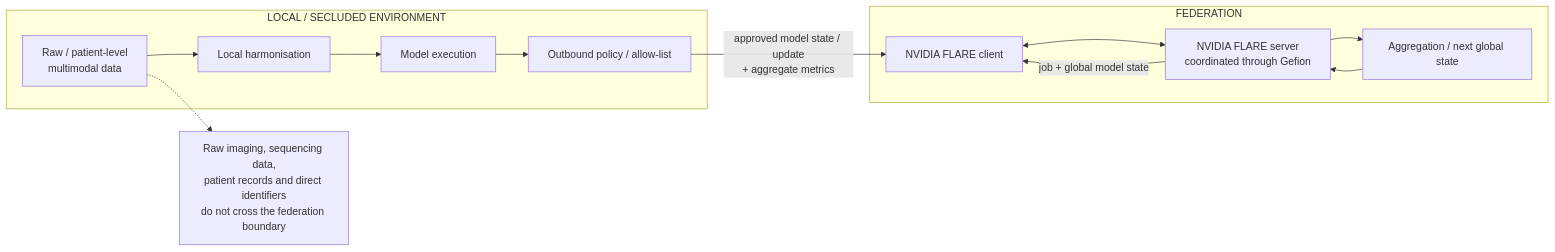
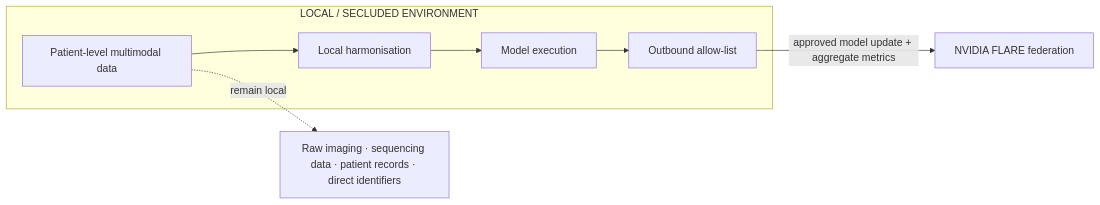
One commit to collaborativebioinformatics/Internal_federation_supercomputing_environment changed the third of 3 diagrams in README.md. Above: the diagram before and after it, drawn with Mermaid. The commit also changed other lines of this file and 5 other files, not shown here.

Commit message:
Update README, infrastructure methods and project graphics

````diff
--- a/README.md
+++ b/README.md
@@ -91,26 +229,15 @@
 ```mermaid
 flowchart LR
     subgraph LOCAL["LOCAL / SECLUDED ENVIRONMENT"]
-        RAW["Raw / patient-level<br/>multimodal data"]
+        RAW["Patient-level multimodal data"]
         HARM["Local harmonisation"]
         EXEC["Model execution"]
-        FILTER["Outbound policy / allow-list"]
-
+        FILTER["Outbound allow-list"]
         RAW --> HARM --> EXEC --> FILTER
     end
 
-    subgraph FED["FEDERATION"]
-        CLIENT["NVIDIA FLARE client"]
-        SERVER["NVIDIA FLARE server<br/>coordinated through Gefion"]
-        AGG["Aggregation / next global state"]
+    FILTER -->|"approved model update + aggregate metrics"| FED["NVIDIA FLARE federation"]
 
-        CLIENT <--> SERVER
-        SERVER --> AGG --> SERVER
-    end
-
-    FILTER -->|"approved model state / update<br/>+ aggregate metrics"| CLIENT
-    SERVER -->|"job + global model state"| CLIENT
-
-    BLOCK["Raw imaging, sequencing data,<br/>patient records and direct identifiers<br/>do not cross the federation boundary"]
-    RAW -.-> BLOCK
+    BLOCK["Raw imaging · sequencing data · patient records · direct identifiers"]
+    RAW -. "remain local" .-> BLOCK
 ```
````
